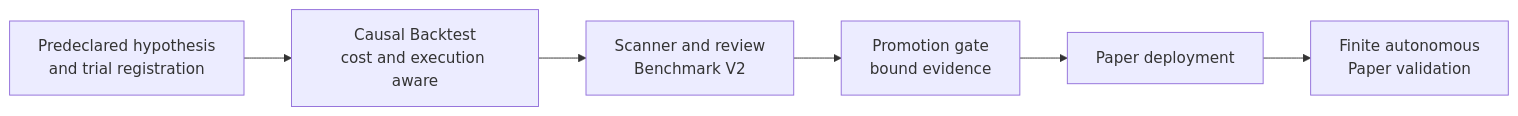
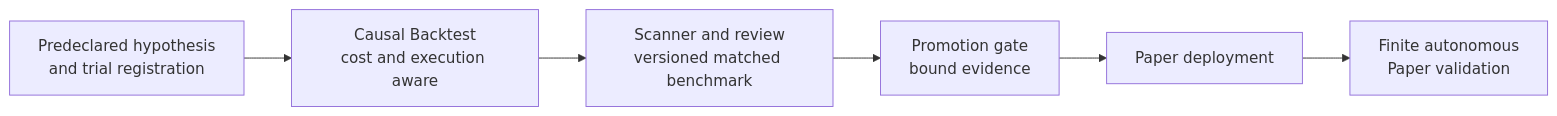
Before and after one commit to Hartman25/MiniQuantDeskV4: the second of 2 diagrams in README_TECHNICAL.md, drawn with Mermaid. The commit also changed other lines of this file and 4 other files, not shown here.

````diff
--- a/README_TECHNICAL.md
+++ b/README_TECHNICAL.md
@@ -75,8 +75,8 @@
 ```mermaid
 flowchart LR
   H[Predeclared hypothesis<br/>and trial registration] --> BT[Causal Backtest<br/>cost and execution aware]
-  BT --> SC[Scanner and review<br/>Benchmark V2]
+  BT --> SC[Scanner and review<br/>versioned matched benchmark]
   SC --> PG[Promotion gate<br/>bound evidence]
   PG --> PD[Paper deployment]
   PD --> VAL[Finite autonomous<br/>Paper validation]
 ```
````
